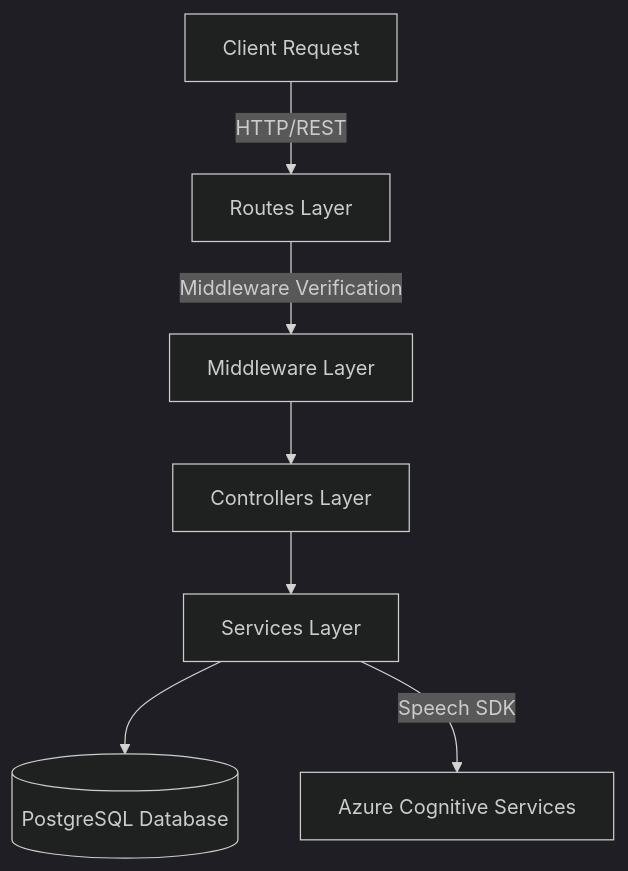
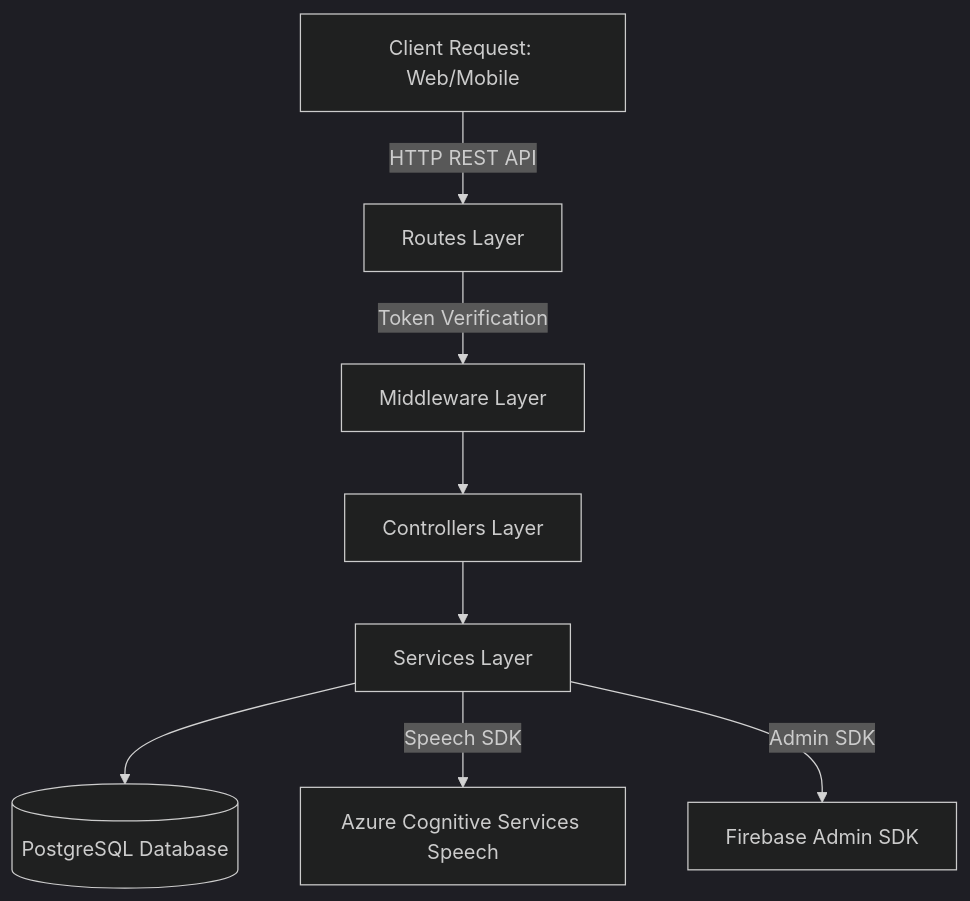
One commit to quanghung-dev/EngFlix changed the diagram in Backend/readme.md. Above: the diagram before and after it, drawn with Mermaid (dark theme). The commit also changed other lines of this file and 2 other files, not shown here.

Commit message:
docs: add and update README.md for backend, frontend, and mobile

````diff
--- a/Backend/readme.md
+++ b/Backend/readme.md
@@ -11,9 +30,10 @@
 ```mermaid
 graph TD
-    Client[Client Request] -->|HTTP/REST| Routes[Routes Layer]
-    Routes -->|Middleware Verification| Middleware[Middleware Layer]
+    Client[Client Request: Web/Mobile] -->|HTTP REST API| Routes[Routes Layer]
+    Routes -->|Token Verification| Middleware[Middleware Layer]
     Middleware --> Controllers[Controllers Layer]
     Controllers --> Services[Services Layer]
     Services --> DB[(PostgreSQL Database)]
-    Services -->|Speech SDK| AzureSpeech[Azure Cognitive Services]
+    Services -->|Speech SDK| AzureSpeech[Azure Cognitive Services Speech]
+    Services -->|Admin SDK| FirebaseAdmin[Firebase Admin SDK]
 ```
````
